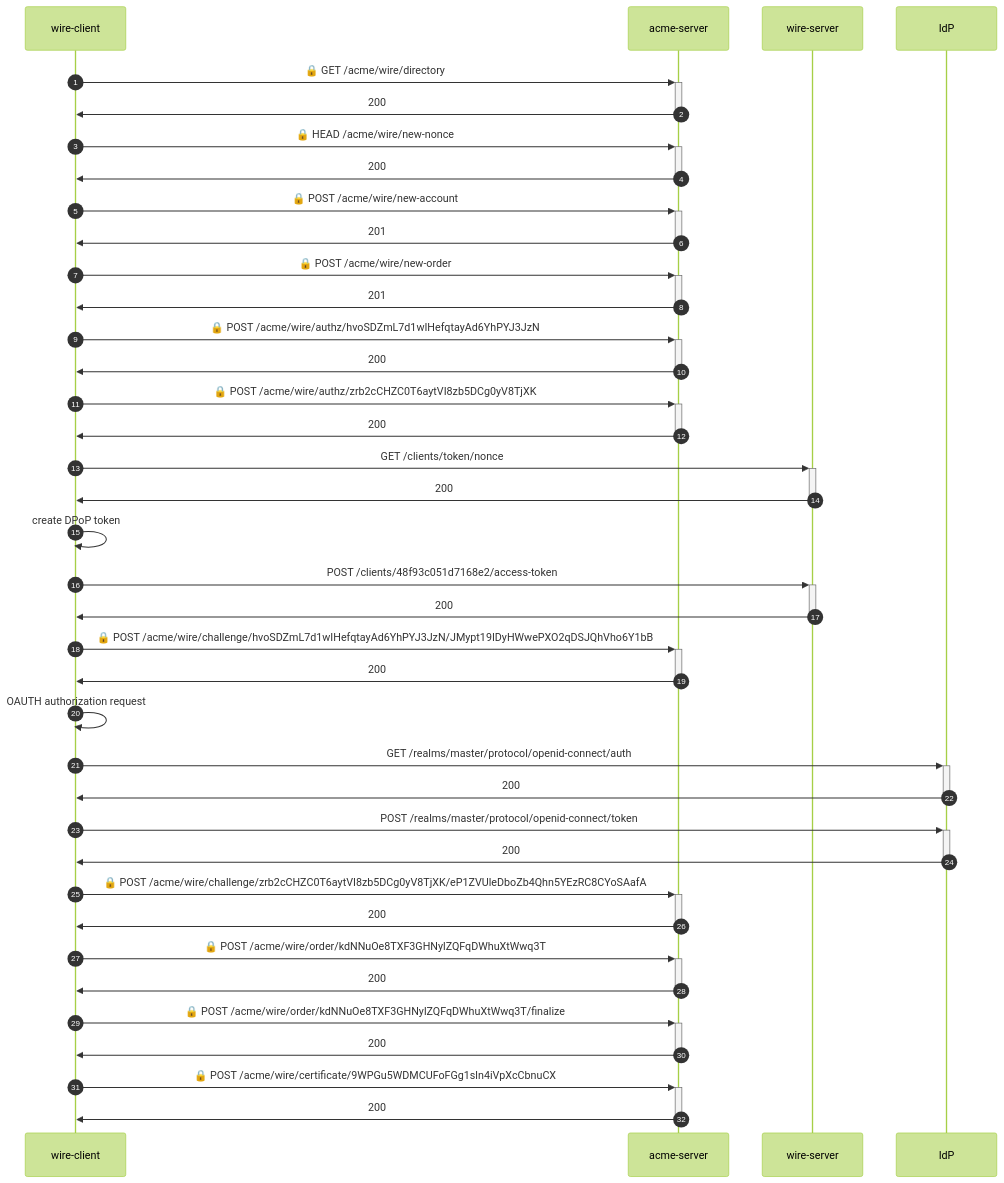
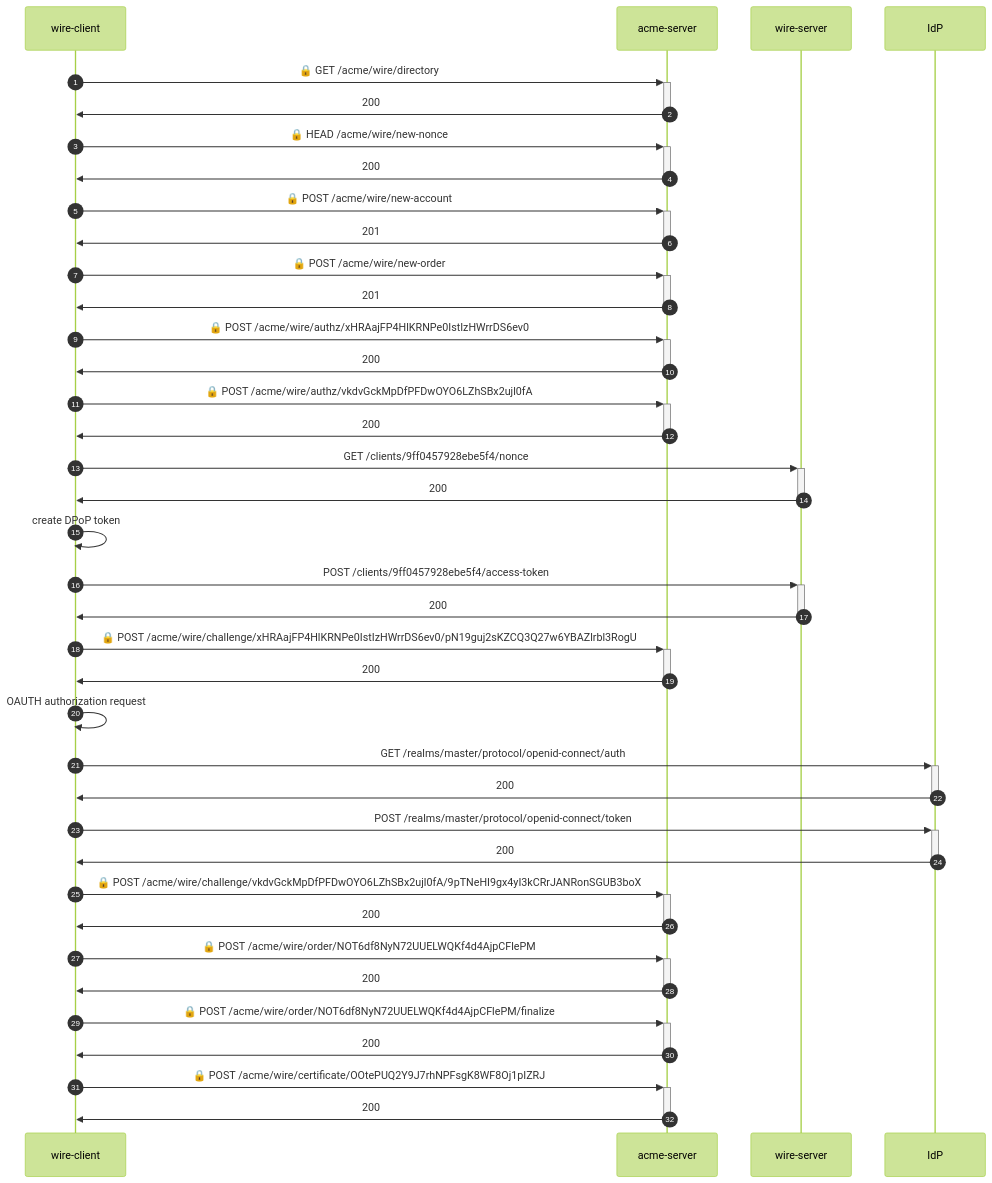
One commit to wireapp/rusty-jwt-tools changed the diagram in e2e-identity/README.md. Above: the diagram before and after it, drawn with Mermaid (forest theme). The commit also changed other lines of this file, not shown here.

````diff
--- a/e2e-identity/README.md
+++ b/e2e-identity/README.md
@@ -3,36 +3,36 @@
 ```mermaid
 sequenceDiagram
     autonumber
     wire-client->>+acme-server: 🔒 GET /acme/wire/directory
     acme-server->>-wire-client: 200
     wire-client->>+acme-server: 🔒 HEAD /acme/wire/new-nonce
     acme-server->>-wire-client: 200
     wire-client->>+acme-server: 🔒 POST /acme/wire/new-account
     acme-server->>-wire-client: 201
     wire-client->>+acme-server: 🔒 POST /acme/wire/new-order
     acme-server->>-wire-client: 201
-    wire-client->>+acme-server: 🔒 POST /acme/wire/authz/hvoSDZmL7d1wIHefqtayAd6YhPYJ3JzN
+    wire-client->>+acme-server: 🔒 POST /acme/wire/authz/xHRAajFP4HlKRNPe0IstIzHWrrDS6ev0
     acme-server->>-wire-client: 200
-    wire-client->>+acme-server: 🔒 POST /acme/wire/authz/zrb2cCHZC0T6aytVI8zb5DCg0yV8TjXK
+    wire-client->>+acme-server: 🔒 POST /acme/wire/authz/vkdvGckMpDfPFDwOYO6LZhSBx2ujl0fA
     acme-server->>-wire-client: 200
-    wire-client->>+wire-server:  GET /clients/token/nonce
+    wire-client->>+wire-server:  GET /clients/9ff0457928ebe5f4/nonce
     wire-server->>-wire-client: 200
     wire-client->>wire-client: create DPoP token
-    wire-client->>+wire-server:  POST /clients/48f93c051d7168e2/access-token
+    wire-client->>+wire-server:  POST /clients/9ff0457928ebe5f4/access-token
     wire-server->>-wire-client: 200
-    wire-client->>+acme-server: 🔒 POST /acme/wire/challenge/hvoSDZmL7d1wIHefqtayAd6YhPYJ3JzN/JMypt19IDyHWwePXO2qDSJQhVho6Y1bB
+    wire-client->>+acme-server: 🔒 POST /acme/wire/challenge/xHRAajFP4HlKRNPe0IstIzHWrrDS6ev0/pN19guj2sKZCQ3Q27w6YBAZlrbl3RogU
     acme-server->>-wire-client: 200
     wire-client->>wire-client: OAUTH authorization request
     wire-client->>+IdP:  GET /realms/master/protocol/openid-connect/auth
     IdP->>-wire-client: 200
     wire-client->>+IdP:  POST /realms/master/protocol/openid-connect/token
     IdP->>-wire-client: 200
-    wire-client->>+acme-server: 🔒 POST /acme/wire/challenge/zrb2cCHZC0T6aytVI8zb5DCg0yV8TjXK/eP1ZVUleDboZb4Qhn5YEzRC8CYoSAafA
+    wire-client->>+acme-server: 🔒 POST /acme/wire/challenge/vkdvGckMpDfPFDwOYO6LZhSBx2ujl0fA/9pTNeHI9gx4yI3kCRrJANRonSGUB3boX
     acme-server->>-wire-client: 200
-    wire-client->>+acme-server: 🔒 POST /acme/wire/order/kdNNuOe8TXF3GHNylZQFqDWhuXtWwq3T
+    wire-client->>+acme-server: 🔒 POST /acme/wire/order/NOT6df8NyN72UUELWQKf4d4AjpCFlePM
     acme-server->>-wire-client: 200
-    wire-client->>+acme-server: 🔒 POST /acme/wire/order/kdNNuOe8TXF3GHNylZQFqDWhuXtWwq3T/finalize
+    wire-client->>+acme-server: 🔒 POST /acme/wire/order/NOT6df8NyN72UUELWQKf4d4AjpCFlePM/finalize
     acme-server->>-wire-client: 200
-    wire-client->>+acme-server: 🔒 POST /acme/wire/certificate/9WPGu5WDMCUFoFGg1sln4iVpXcCbnuCX
+    wire-client->>+acme-server: 🔒 POST /acme/wire/certificate/OOtePUQ2Y9J7rhNPFsgK8WF8Oj1pIZRJ
     acme-server->>-wire-client: 200
 ```
````
